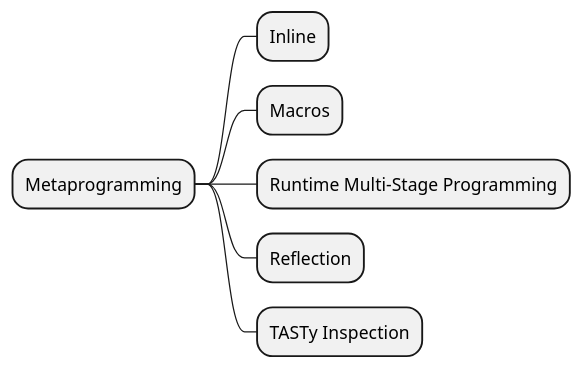
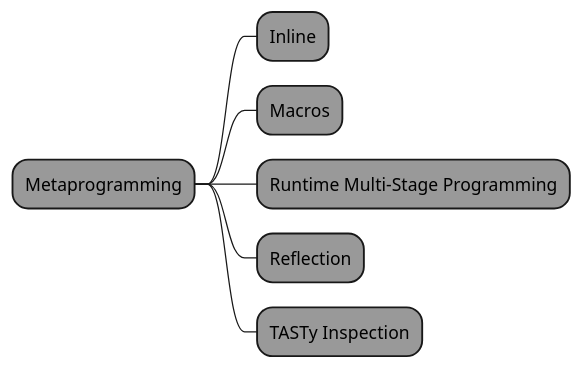
One commit to shinharad/getting-started-with-scala3 changed the fifth of 8 diagrams in docs/step01/03_Referenceを俯瞰してみる.md. Above: the diagram before and after it, drawn with PlantUML. The commit also changed other lines of this file and 16 other files, not shown here.

````diff
--- a/docs/step01/03_Referenceを俯瞰してみる.md
+++ b/docs/step01/03_Referenceを俯瞰してみる.md
@@ -103,10 +104,10 @@
 ```plantuml
 @startmindmap
-* Metaprogramming
-** Inline
-** Macros
-** Runtime Multi-Stage Programming
-** Reflection
-** TASTy Inspection
+*[#999] Metaprogramming
+**[#999] Inline
+**[#999] Macros
+**[#999] Runtime Multi-Stage Programming
+**[#999] Reflection
+**[#999] TASTy Inspection
 @endmindmap
 ```
````
